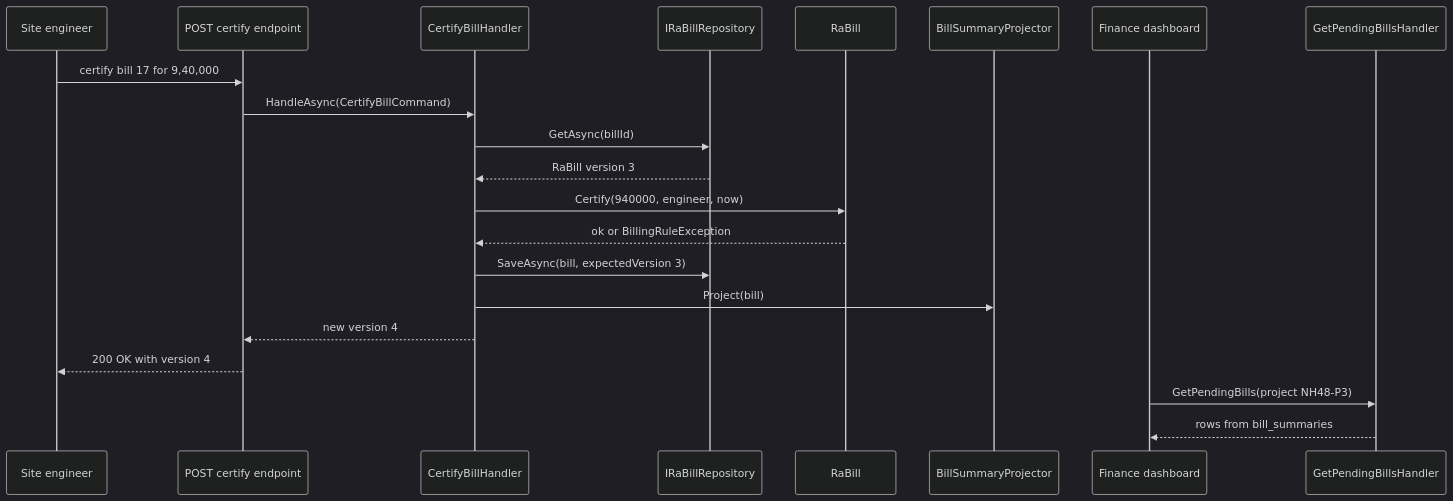
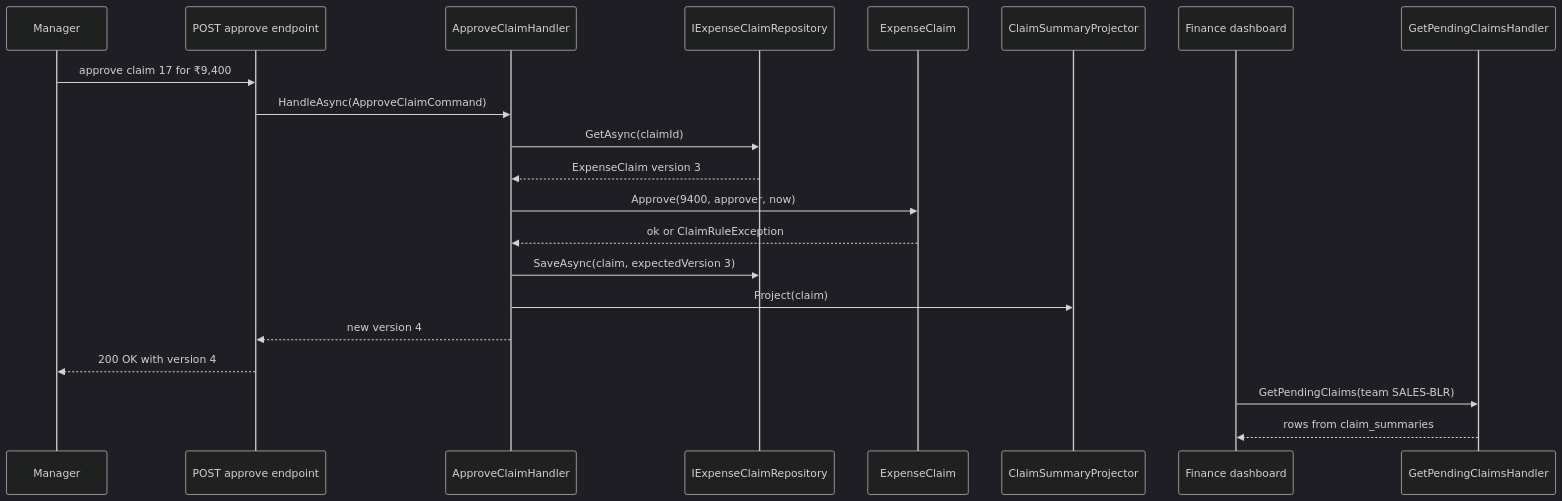
The second of 3 diagrams in content/lessons/m08/m08-cqrs-fundamentals.md (rizwi0786/system-design-lab), drawn with Mermaid (dark theme) before and after one commit. The commit also changed other lines of this file and 334 other files, not shown here.

````diff
--- a/content/lessons/m08/m08-cqrs-fundamentals.md
+++ b/content/lessons/m08/m08-cqrs-fundamentals.md
@@ -190,23 +190,23 @@
 ```mermaid
 sequenceDiagram
-    participant Eng as Site engineer
-    participant API as POST certify endpoint
-    participant H as CertifyBillHandler
-    participant R as IRaBillRepository
-    participant B as RaBill
-    participant P as BillSummaryProjector
+    participant Eng as Manager
+    participant API as POST approve endpoint
+    participant H as ApproveClaimHandler
+    participant R as IExpenseClaimRepository
+    participant B as ExpenseClaim
+    participant P as ClaimSummaryProjector
     participant Fin as Finance dashboard
-    participant Q as GetPendingBillsHandler
-    Eng->>API: certify bill 17 for 9,40,000
-    API->>H: HandleAsync(CertifyBillCommand)
-    H->>R: GetAsync(billId)
-    R-->>H: RaBill version 3
-    H->>B: Certify(940000, engineer, now)
-    B-->>H: ok or BillingRuleException
-    H->>R: SaveAsync(bill, expectedVersion 3)
-    H->>P: Project(bill)
+    participant Q as GetPendingClaimsHandler
+    Eng->>API: approve claim 17 for ₹9,400
+    API->>H: HandleAsync(ApproveClaimCommand)
+    H->>R: GetAsync(claimId)
+    R-->>H: ExpenseClaim version 3
+    H->>B: Approve(9400, approver, now)
+    B-->>H: ok or ClaimRuleException
+    H->>R: SaveAsync(claim, expectedVersion 3)
+    H->>P: Project(claim)
     H-->>API: new version 4
     API-->>Eng: 200 OK with version 4
-    Fin->>Q: GetPendingBills(project NH48-P3)
-    Q-->>Fin: rows from bill_summaries
+    Fin->>Q: GetPendingClaims(team SALES-BLR)
+    Q-->>Fin: rows from claim_summaries
 ```
````
